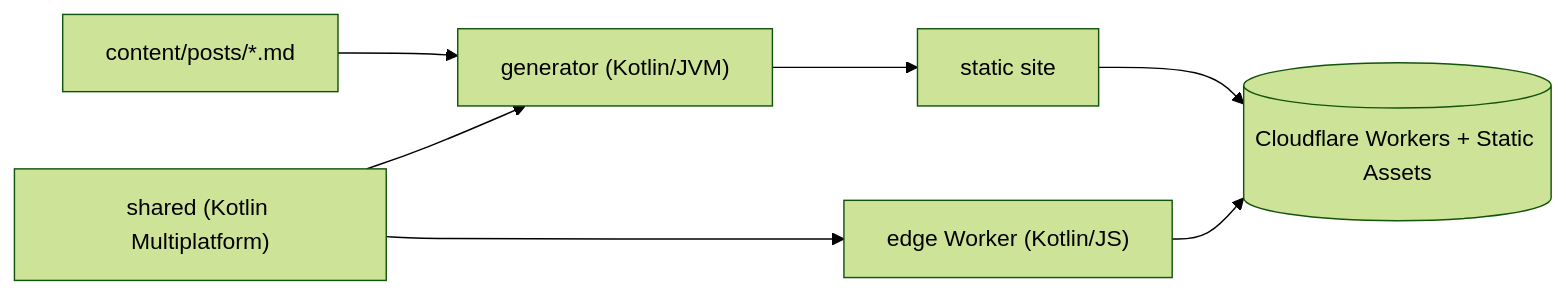
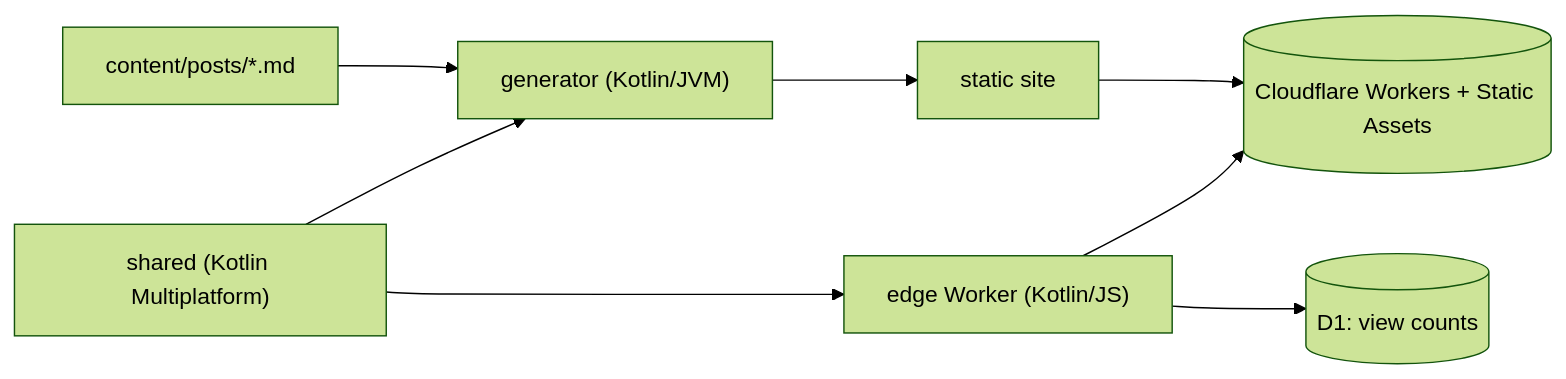
The diagram in README.md (dtitenko/dimaruns.nl), drawn with Mermaid (forest theme) before and after one commit. The commit also changed other lines of this file and 19 other files, not shown here.

````diff
--- a/README.md
+++ b/README.md
@@ -5,9 +5,10 @@
 ```mermaid
 flowchart LR
     md[content/posts/*.md] --> gen["generator (Kotlin/JVM)"]
     shared["shared (Kotlin Multiplatform)"] --> gen
     shared --> edge["edge Worker (Kotlin/JS)"]
     gen --> dist[static site]
     dist --> cf[(Cloudflare Workers + Static Assets)]
     edge --> cf
+    edge --> d1[(D1: view counts)]
 ```
````
